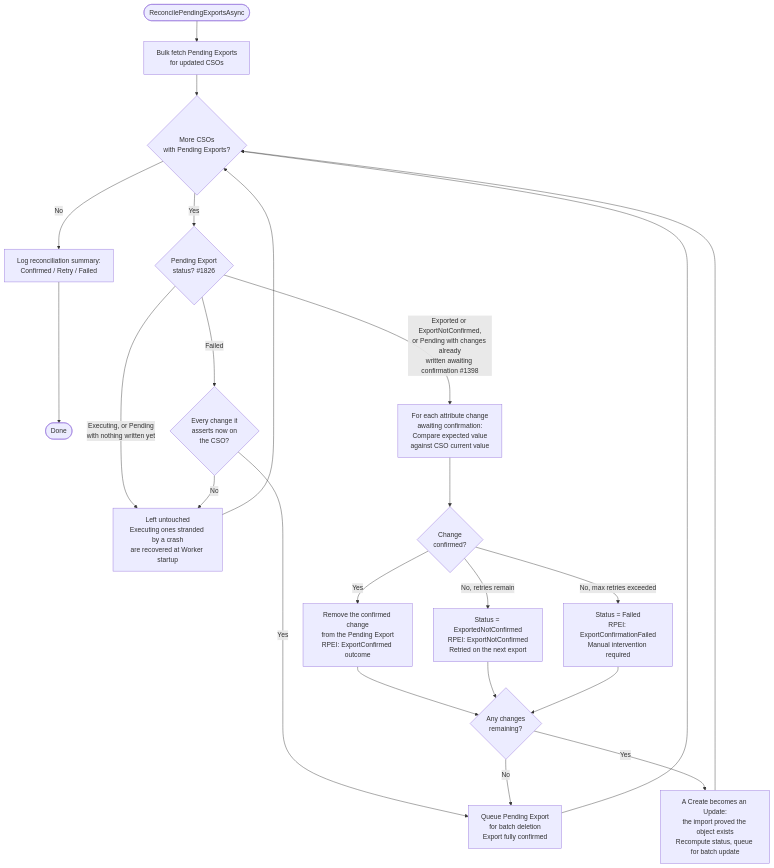
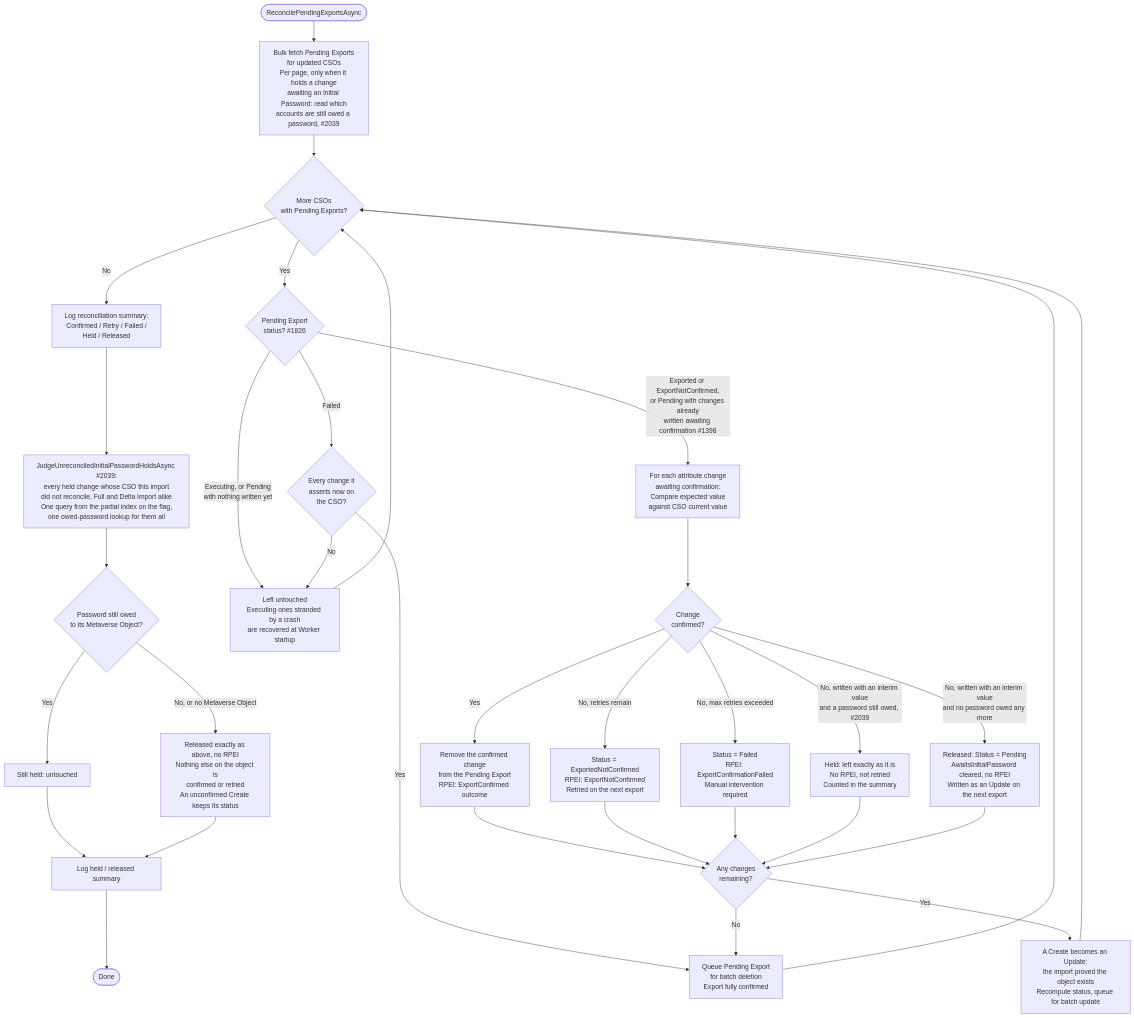
The sixth of 6 diagrams in docs/developer/diagrams/FULL_IMPORT_FLOW.md (TetronIO/JIM), drawn with Mermaid before and after one commit. The commit also changed other lines of this file and 172 other files, not shown here.

First line of the commit message:
LDAP: refuse Object Type changes, create Active Directory accounts with an Initial Password, and fix partly applied membership exports (#2110)

````diff
--- a/docs/developer/diagrams/FULL_IMPORT_FLOW.md
+++ b/docs/developer/diagrams/FULL_IMPORT_FLOW.md
@@ -244,28 +252,38 @@
 ```mermaid
 flowchart TD
-    Start([ReconcilePendingExportsAsync]) --> LoadPE[Bulk fetch Pending Exports<br/>for updated CSOs]
+    Start([ReconcilePendingExportsAsync]) --> LoadPE[Bulk fetch Pending Exports<br/>for updated CSOs<br/>Per page, only when it holds a change<br/>awaiting an Initial Password: read which<br/>accounts are still owed a password, #2039]
     LoadPE --> Loop{More CSOs<br/>with Pending Exports?}
-    Loop -->|No| Summary[Log reconciliation summary:<br/>Confirmed / Retry / Failed]
-    Summary --> Done([Done])
+    Loop -->|No| Summary[Log reconciliation summary:<br/>Confirmed / Retry / Failed /<br/>Held / Released]
+    Summary --> Sweep[JudgeUnreconciledInitialPasswordHoldsAsync #2039:<br/>every held change whose CSO this import<br/>did not reconcile, Full and Delta Import alike<br/>One query from the partial index on the flag,<br/>one owed-password lookup for them all]
+    Sweep --> SweepOwed{Password still owed<br/>to its Metaverse Object?}
+    SweepOwed -->|Yes| SweepHeld[Still held: untouched]
+    SweepOwed -->|No, or no Metaverse Object| SweepReleased[Released exactly as above, no RPEI<br/>Nothing else on the object is<br/>confirmed or retried<br/>An unconfirmed Create keeps its status]
+    SweepHeld --> SweepSummary[Log held / released summary]
+    SweepReleased --> SweepSummary
+    SweepSummary --> Done([Done])
 
     Loop -->|Yes| StatusGate{Pending Export<br/>status? #1826}
     StatusGate -->|Executing, or Pending<br/>with nothing written yet| Untouched[Left untouched<br/>Executing ones stranded by a crash<br/>are recovered at Worker startup]
     Untouched --> Loop
     StatusGate -->|Failed| FailedCheck{Every change it<br/>asserts now on<br/>the CSO?}
     FailedCheck -->|Yes| Delete
     FailedCheck -->|No| Untouched
     StatusGate -->|Exported or ExportNotConfirmed,<br/>or Pending with changes already<br/>written awaiting confirmation #1398| Compare[For each attribute change<br/>awaiting confirmation:<br/>Compare expected value<br/>against CSO current value]
     Compare --> PerChange{Change<br/>confirmed?}
     PerChange -->|Yes| RemoveConfirmed[Remove the confirmed change<br/>from the Pending Export<br/>RPEI: ExportConfirmed outcome]
     PerChange -->|No, retries remain| Retry[Status = ExportedNotConfirmed<br/>RPEI: ExportNotConfirmed<br/>Retried on the next export]
     PerChange -->|No, max retries exceeded| PermanentFail[Status = Failed<br/>RPEI: ExportConfirmationFailed<br/>Manual intervention required]
+    PerChange -->|No, written with an interim value<br/>and a password still owed, #2039| Held[Held: left exactly as it is<br/>No RPEI, not retried<br/>Counted in the summary]
+    PerChange -->|No, written with an interim value<br/>and no password owed any more| Released[Released: Status = Pending<br/>AwaitsInitialPassword cleared, no RPEI<br/>Written as an Update on the next export]
 
     RemoveConfirmed --> Remaining{Any changes<br/>remaining?}
     Retry --> Remaining
     PermanentFail --> Remaining
+    Held --> Remaining
+    Released --> Remaining
     Remaining -->|No| Delete[Queue Pending Export<br/>for batch deletion<br/>Export fully confirmed]
     Remaining -->|Yes| Update[A Create becomes an Update:<br/>the import proved the object exists<br/>Recompute status, queue for batch update]
 
     Delete --> Loop
     Update --> Loop
 ```
````
